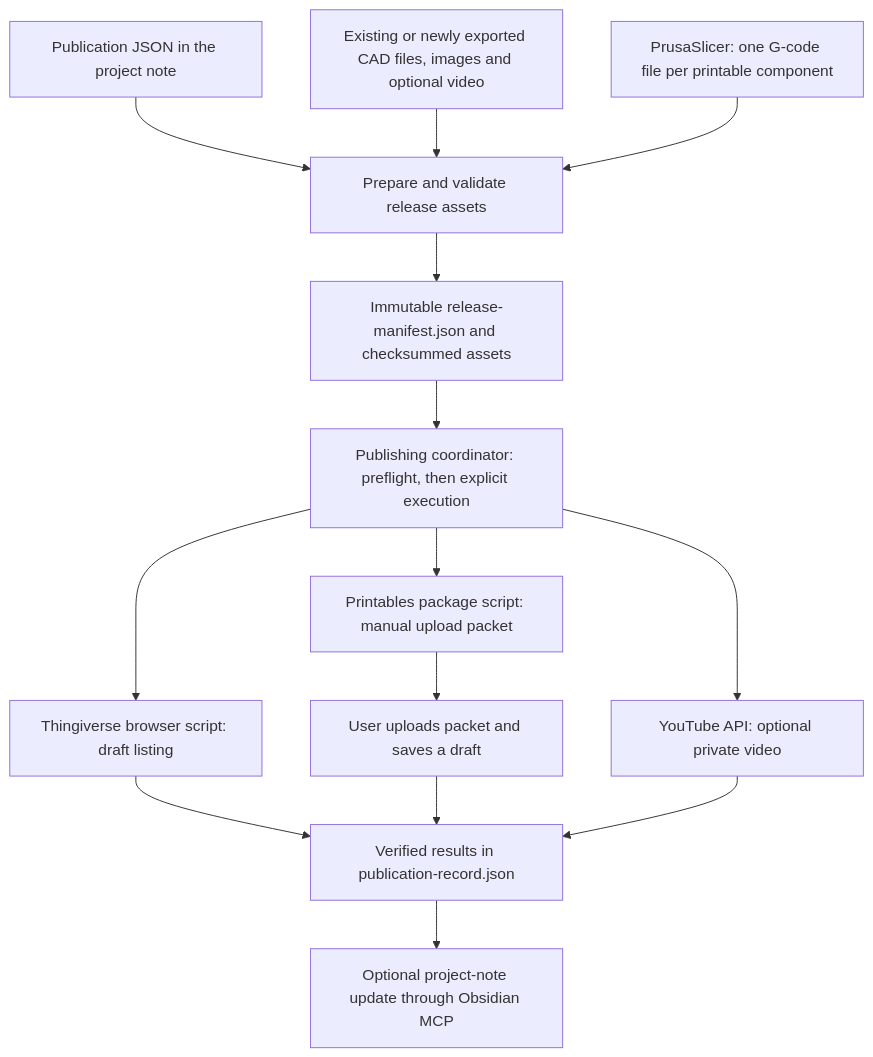
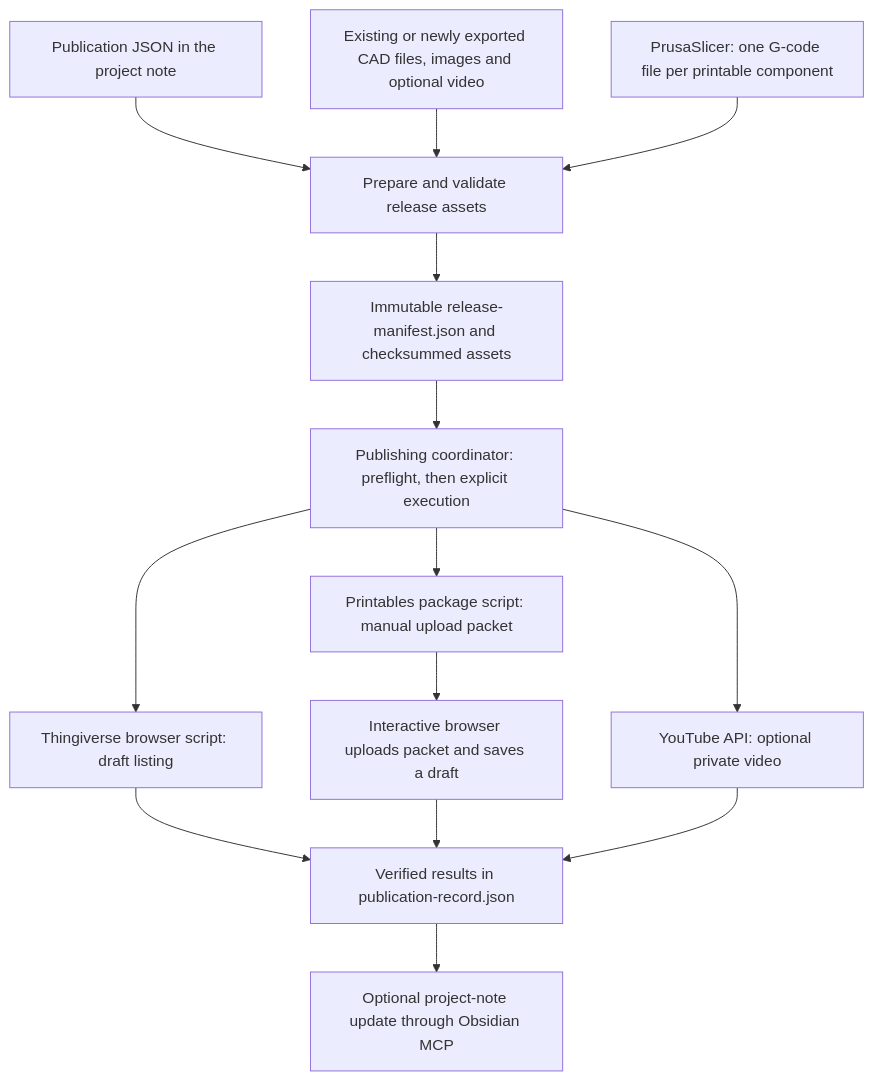
The first of 4 diagrams in README.md (ScottGibb/CAD-Publishing-Skills), drawn with Mermaid before and after one commit. The commit also changed other lines of this file and 14 other files, not shown here.

First line of the commit message:
feat(printables): add interactive browser upload skill

````diff
--- a/README.md
+++ b/README.md
@@ -21,16 +22,16 @@
 ```mermaid
 flowchart TD
     Note["Publication JSON in the project note"] --> Prepare["Prepare and validate release assets"]
     Assets["Existing or newly exported CAD files, images and optional video"] --> Prepare
     Slicing["PrusaSlicer: one G-code file per printable component"] --> Prepare
     Prepare --> Manifest["Immutable release-manifest.json and checksummed assets"]
     Manifest --> Coordinator["Publishing coordinator: preflight, then explicit execution"]
     Coordinator --> Thingiverse["Thingiverse browser script: draft listing"]
     Coordinator --> Printables["Printables package script: manual upload packet"]
     Coordinator --> YouTube["YouTube API: optional private video"]
     Thingiverse --> Record["Verified results in publication-record.json"]
-    Printables --> Manual["User uploads packet and saves a draft"]
+    Printables --> Manual["Interactive browser uploads packet and saves a draft"]
     Manual --> Record
     YouTube --> Record
     Record --> Obsidian["Optional project-note update through Obsidian MCP"]
 ```
````
